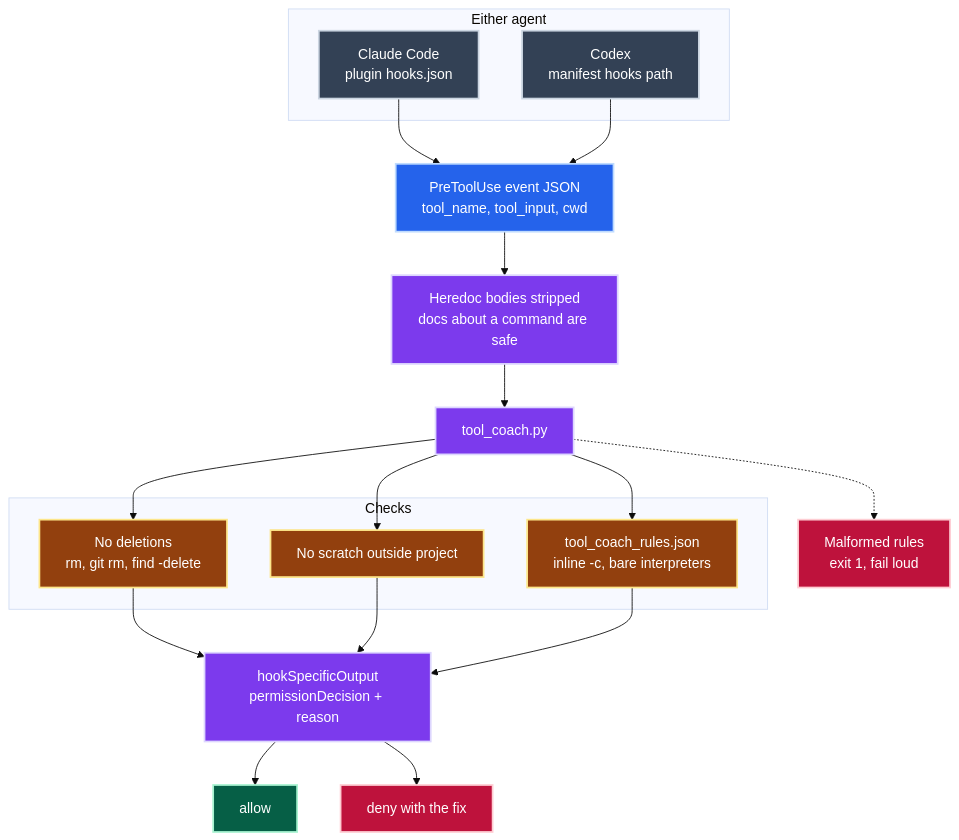
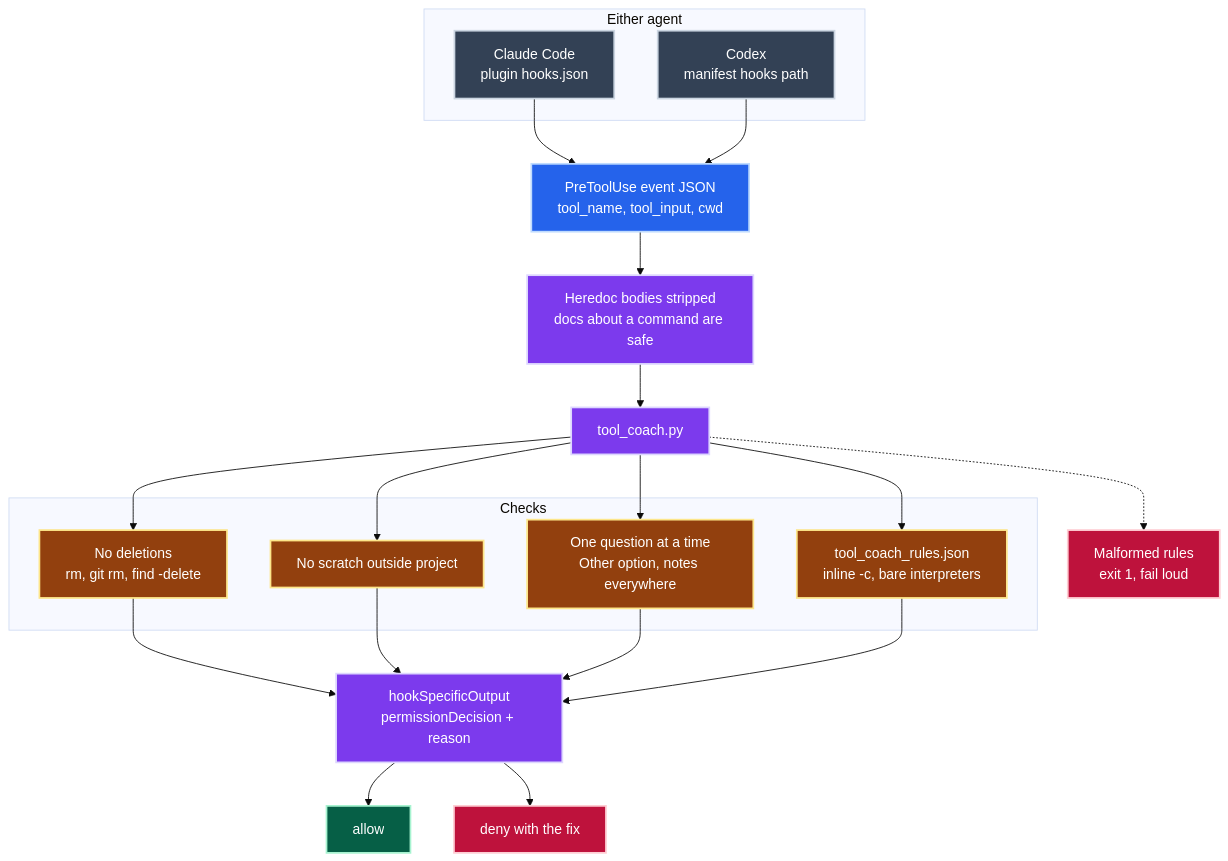
The second of 2 diagrams in plugins/jpai-delivery/hooks/README.md (jpeakai/skills), drawn with Mermaid (base theme) before and after one commit. The commit also changed other lines of this file and 17 other files, not shown here.

First line of the commit message:
Coach AskUserQuestion into one answerable question at a time

````diff
--- a/plugins/jpai-delivery/hooks/README.md
+++ b/plugins/jpai-delivery/hooks/README.md
@@ -47,40 +48,42 @@
 ```mermaid
 flowchart TB
     subgraph agents["Either agent"]
         CC["Claude Code<br/>plugin hooks.json"]:::host
         CX["Codex<br/>manifest hooks path"]:::host
     end
 
     EV["PreToolUse event JSON<br/>tool_name, tool_input, cwd"]:::input
     HD["Heredoc bodies stripped<br/>docs about a command are safe"]:::proc
     H["tool_coach.py"]:::proc
 
     subgraph checks["Checks"]
         ND["No deletions<br/>rm, git rm, find -delete"]:::check
         NS["No scratch outside project"]:::check
+        QS["One question at a time<br/>Other option, notes everywhere"]:::check
         TR["tool_coach_rules.json<br/>inline -c, bare interpreters"]:::check
     end
 
     OUT["hookSpecificOutput<br/>permissionDecision + reason"]:::proc
     A["allow"]:::ok
     D["deny with the fix"]:::deny
     ERR["Malformed rules<br/>exit 1, fail loud"]:::deny
 
     CC --> EV
     CX --> EV
     EV --> HD --> H
     H --> ND
     H --> NS
+    H --> QS
     H --> TR
-    ND & NS & TR --> OUT
+    ND & NS & QS & TR --> OUT
     OUT --> A
     OUT --> D
     H -.-> ERR
 
     classDef host  fill:#334155,stroke:#cbd5e1,color:#ffffff,stroke-width:2px
     classDef input fill:#2563eb,stroke:#bfdbfe,color:#ffffff,stroke-width:2px
     classDef proc  fill:#7c3aed,stroke:#ddd6fe,color:#ffffff,stroke-width:2px
     classDef check fill:#92400e,stroke:#fde68a,color:#ffffff,stroke-width:2px
     classDef ok    fill:#065f46,stroke:#a7f3d0,color:#ffffff,stroke-width:2px
     classDef deny  fill:#be123c,stroke:#fecdd3,color:#ffffff,stroke-width:2px
 ```
````
